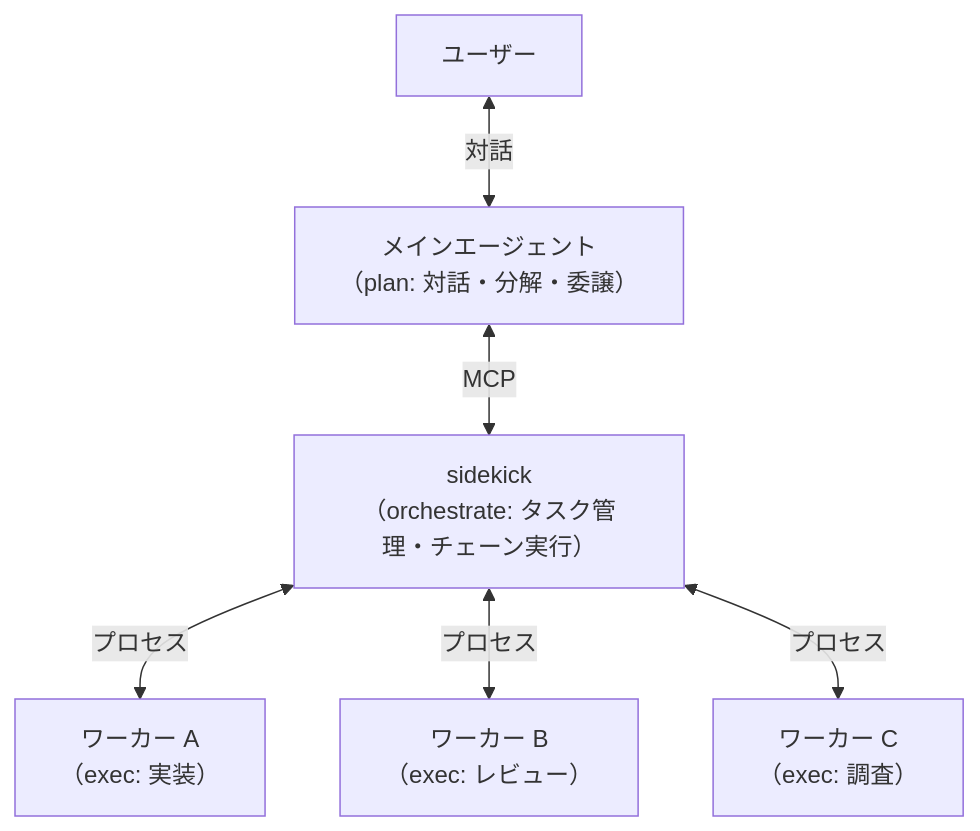
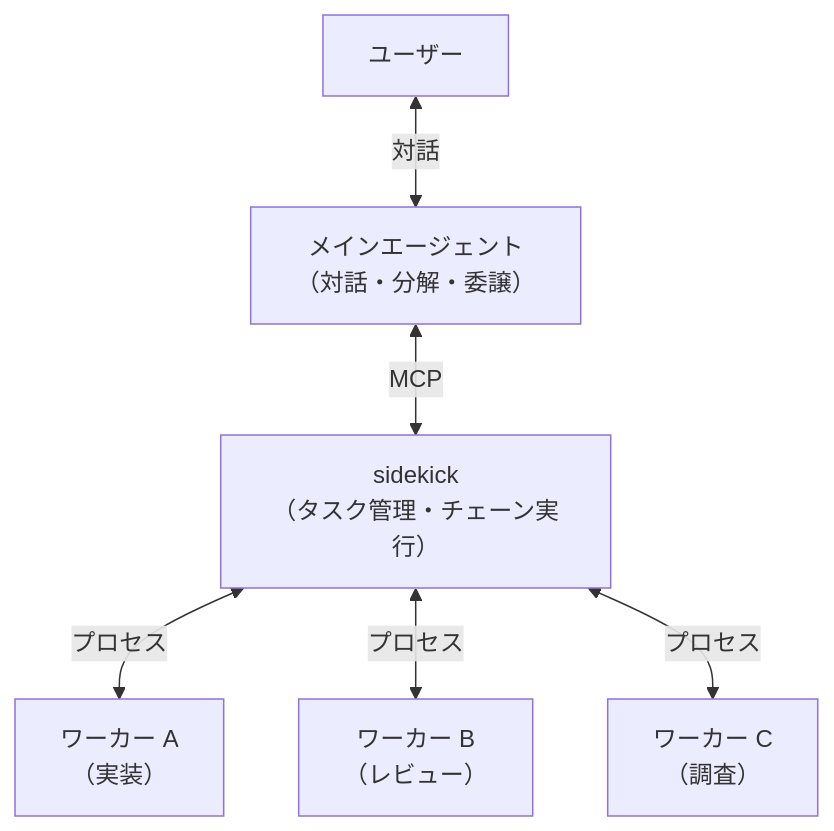
The first of 2 diagrams in docs/2026-03-30-dec-sidekick-design-philosophy.md (oda251/onegai), drawn with Mermaid before and after one commit. The commit also changed other lines of this file, not shown here.

````diff
--- a/docs/2026-03-30-dec-sidekick-design-philosophy.md
+++ b/docs/2026-03-30-dec-sidekick-design-philosophy.md
@@ -20,15 +30,15 @@
 ```mermaid
 graph TD
     User["ユーザー"]
-    Main["メインエージェント<br/>（plan: 対話・分解・委譲）"]
-    J["sidekick<br/>（orchestrate: タスク管理・チェーン実行）"]
-    W1["ワーカー A<br/>（exec: 実装）"]
-    W2["ワーカー B<br/>（exec: レビュー）"]
-    W3["ワーカー C<br/>（exec: 調査）"]
+    Main["メインエージェント<br/>（対話・分解・委譲）"]
+    J["sidekick<br/>（タスク管理・チェーン実行）"]
+    W1["ワーカー A<br/>（実装）"]
+    W2["ワーカー B<br/>（レビュー）"]
+    W3["ワーカー C<br/>（調査）"]
 
     User <-->|"対話"| Main
     Main <-->|"MCP"| J
     J <-->|"プロセス"| W1
     J <-->|"プロセス"| W2
     J <-->|"プロセス"| W3
 ```
````
